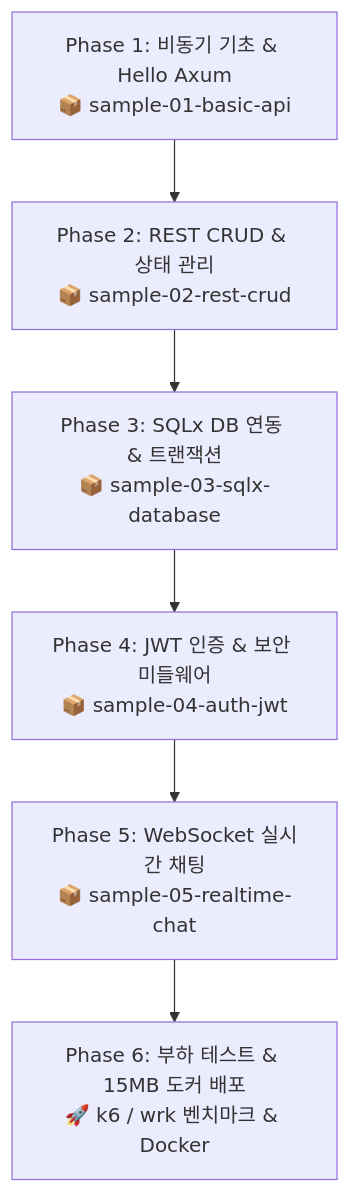
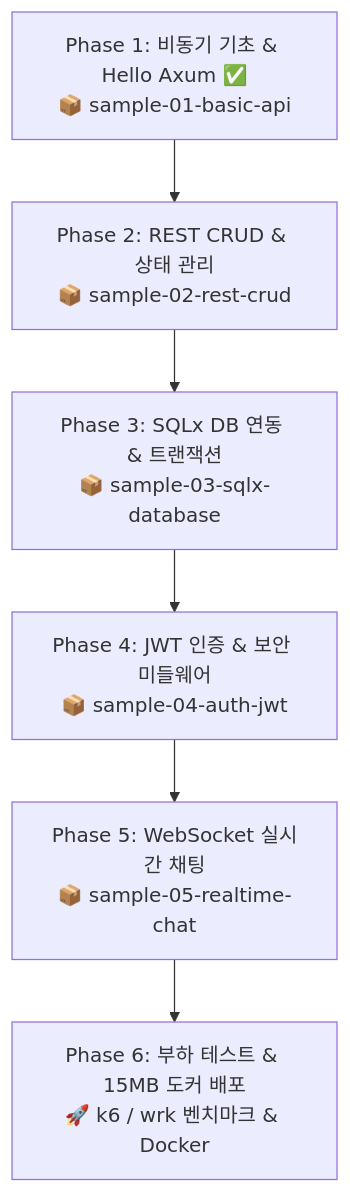
Before and after one commit to space-cap/rust-sandbox: the diagram in docs/backend/backend_learning_plan.md, drawn with Mermaid. The commit also changed other lines of this file and 7 other files, not shown here.

Commit message:
구현: 고성능 백엔드 워크스페이스 구축 및 sample-01-basic-api 프로젝트 완성

````diff
--- a/docs/backend/backend_learning_plan.md
+++ b/docs/backend/backend_learning_plan.md
@@ -21,8 +21,8 @@
 ```mermaid
 flowchart TD
-    P1["Phase 1: 비동기 기초 & Hello Axum<br/>📦 sample-01-basic-api"] --> P2["Phase 2: REST CRUD & 상태 관리<br/>📦 sample-02-rest-crud"]
+    P1["Phase 1: 비동기 기초 & Hello Axum ✅<br/>📦 sample-01-basic-api"] --> P2["Phase 2: REST CRUD & 상태 관리<br/>📦 sample-02-rest-crud"]
     P2 --> P3["Phase 3: SQLx DB 연동 & 트랜잭션<br/>📦 sample-03-sqlx-database"]
     P3 --> P4["Phase 4: JWT 인증 & 보안 미들웨어<br/>📦 sample-04-auth-jwt"]
     P4 --> P5["Phase 5: WebSocket 실시간 채팅<br/>📦 sample-05-realtime-chat"]
     P5 --> P6["Phase 6: 부하 테스트 & 15MB 도커 배포<br/>🚀 k6 / wrk 벤치마크 & Docker"]
 ```
````
